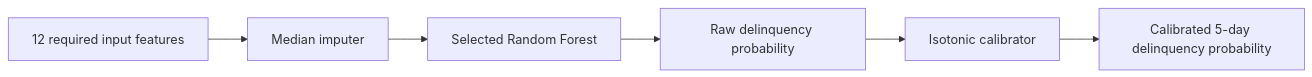
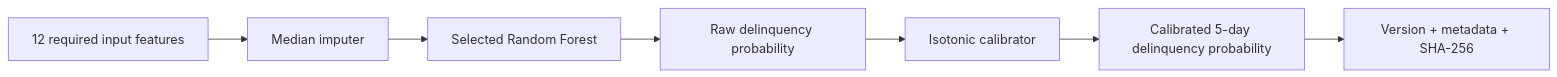
Diagram 11 of 11 in docs/model-documentation/module4_experiment_record.md (Oyd72/telecom-delinquency-capstone), drawn with Mermaid before and after one commit. The commit also changed other lines of this file, not shown here.

````diff
--- a/docs/model-documentation/module4_experiment_record.md
+++ b/docs/model-documentation/module4_experiment_record.md
@@ -1140,8 +1154,9 @@
 ```mermaid
 flowchart LR
     A[12 required input features] --> B[Median imputer]
     B --> C[Selected Random Forest]
     C --> D[Raw delinquency probability]
     D --> E[Isotonic calibrator]
     E --> F[Calibrated 5-day delinquency probability]
+    F --> G[Version + metadata + SHA-256]
 ```
````
